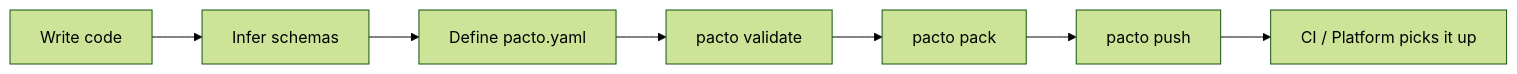
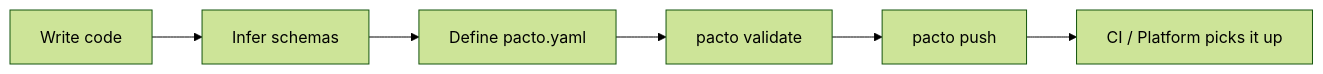
The diagram in docs/developers.md (TrianaLab/pacto), drawn with Mermaid (forest theme) before and after one commit. The commit also changed other lines of this file and 101 other files, not shown here.

````diff
--- a/docs/developers.md
+++ b/docs/developers.md
@@ -11,9 +11,8 @@
 ```mermaid
 flowchart LR
     A[Write code] --> B[Infer schemas]
     B --> C[Define pacto.yaml]
     C --> D[pacto validate]
-    D --> E[pacto pack]
-    E --> F[pacto push]
+    D --> F[pacto push]
     F --> G[CI / Platform picks it up]
 ```
````
